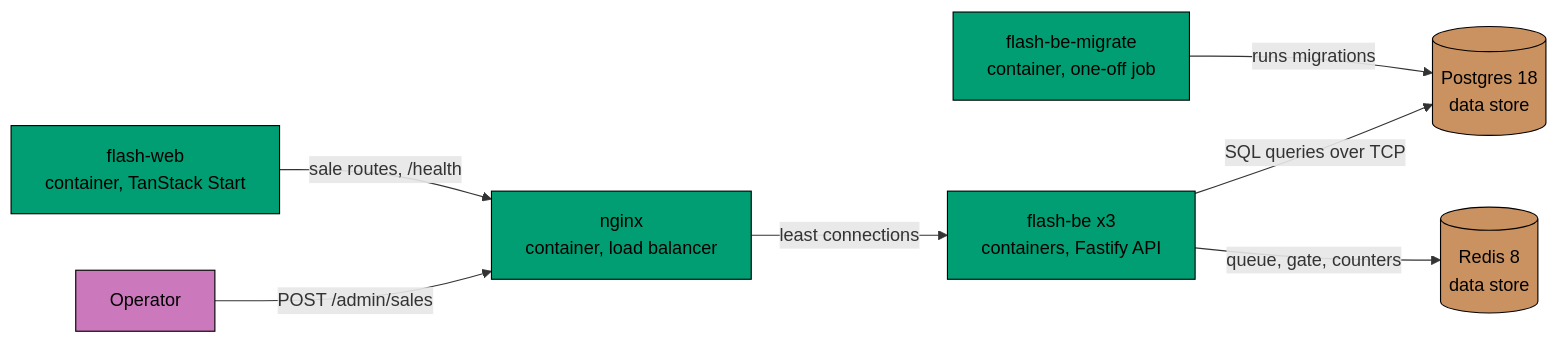
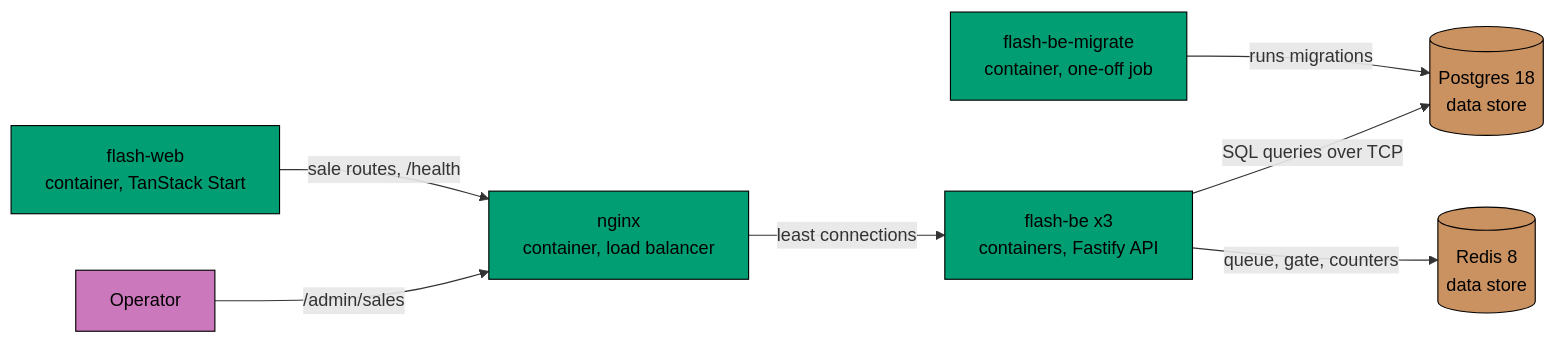
One commit to wahidyankf/coding-itv-js-flashsale changed the diagram in specs/apps/flash/c4/containers.md. Above: the diagram before and after it, drawn with Mermaid. The commit also changed other lines of this file and 39 other files, not shown here.

````diff
--- a/specs/apps/flash/c4/containers.md
+++ b/specs/apps/flash/c4/containers.md
@@ -7,25 +7,25 @@
 ```mermaid
 flowchart LR
   accTitle: Flash sale containers
   accDescr: A shopper's browser talks only to the web app. The web app renders the sale page and passes the sale requests on to nginx. Nginx spreads the requests over three identical API instances. The instances read and write one Postgres and use one Redis for the queue, the reservation gate and the rate counters. A migration job runs once before the instances start and prepares the Postgres schema. An operator reaches nginx directly to create a sale.
   operator["Operator"]
   web["flash-web<br/>container, TanStack Start"]
   lb["nginx<br/>container, load balancer"]
   be["flash-be x3<br/>containers, Fastify API"]
   migrate["flash-be-migrate<br/>container, one-off job"]
   pg[("Postgres 18<br/>data store")]
   redis[("Redis 8<br/>data store")]
-  operator -->|POST /admin/sales| lb
+  operator -->|/admin/sales| lb
   web -->|sale routes, /health| lb
   lb -->|least connections| be
   be -->|SQL queries over TCP| pg
   be -->|queue, gate, counters| redis
   migrate -->|runs migrations| pg
   classDef person fill:#CC78BC,stroke:#000000,color:#000000
   classDef container fill:#029E73,stroke:#000000,color:#000000
   classDef store fill:#CA9161,stroke:#000000,color:#000000
   classDef default fill:#808080,stroke:#000000,color:#000000
   class operator person
   class web,lb,be,migrate container
   class pg,redis store
 ```
````
